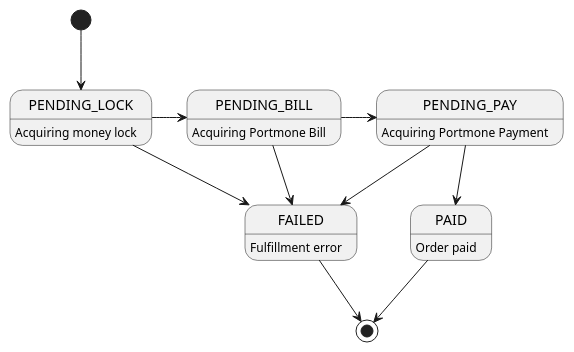
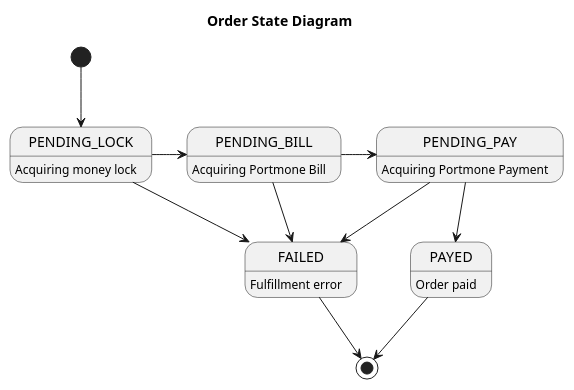
Before and after one commit to vvtomash/htbs: the diagram in fintech-portmone/diagrams/state.puml, drawn with PlantUML. The commit also changed 1 other file, not shown here.

```diff
--- a/fintech-portmone/diagrams/state.puml
+++ b/fintech-portmone/diagrams/state.puml
@@ -1,25 +1,25 @@
 @startuml
-'https://plantuml.com/state-diagram
+title Order State Diagram
 'scale 350 width
 
 [*] --> PENDING_LOCK
 
 PENDING_LOCK -> FAILED
 PENDING_BILL --> FAILED
 PENDING_PAY --> FAILED
 
 PENDING_LOCK -> PENDING_BILL
 PENDING_BILL -> PENDING_PAY
-PENDING_PAY --> PAID
+PENDING_PAY --> PAYED
 
 FAILED --> [*]
-PAID --> [*]
+PAYED --> [*]
 
 ' Comments
 PENDING_LOCK: Acquiring money lock
 PENDING_BILL: Acquiring Portmone Bill
 PENDING_PAY: Acquiring Portmone Payment
 FAILED: Fulfillment error
-PAID: Order paid
+PAYED: Order paid
 
 @enduml
```
